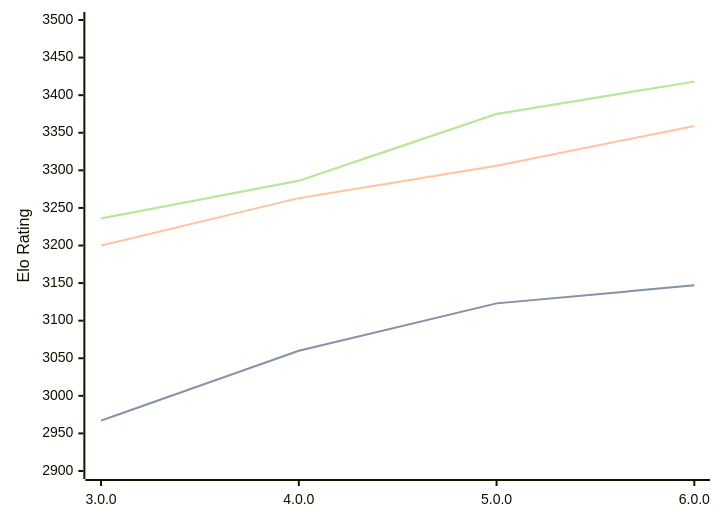
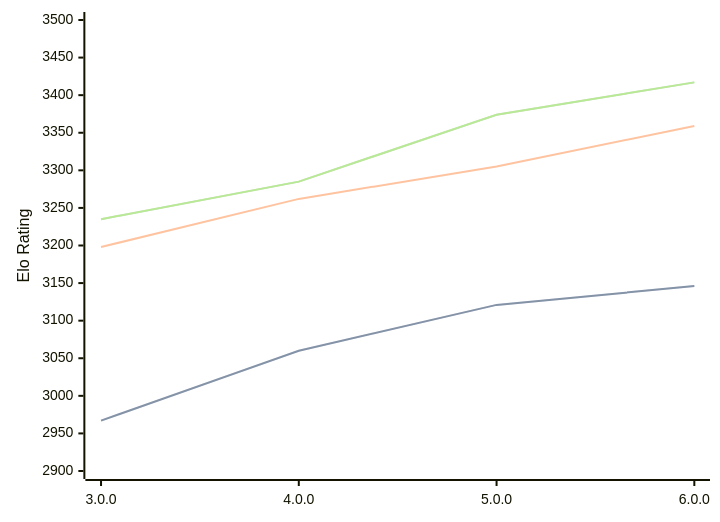
Before and after one commit to computer-chess-index/cci: the diagram in engines/Minke.md, drawn with Mermaid. The commit also changed other lines of this file, not shown here.

Commit message:
Update CCI Ratings (ELO VLTC) - 2026-08-04

````diff
--- a/engines/Minke.md
+++ b/engines/Minke.md
@@ -36,11 +36,11 @@
 ```mermaid
 %%{init: {"theme":"base","themeVariables":{"seriesColors:['#a3a3a3','#222221','#faa371']}}}%%
 xychart-beta
   x-axis ["3.0.0", "4.0.0", "5.0.0", "6.0.0"]
   y-axis "Elo Rating" 2900 --> 3500
-  line "STC (8.0+0.08s)" [2967, 3060, 3123, 3147]
-  line "STC (8.0+0.08s)" [2967, 3060, 3123, 3147]
-  line "LTC (60.0+0.60s)" [3200, 3263, 3306, 3359]
-  line "VLTC (2m24s+1.12s)" [3236, 3286, 3375, 3418]
-  line "VLTC (2m24s+1.12s)" [3236, 3286, 3375, 3418]
+  line "STC (8.0+0.08s)" [2967, 3060, 3121, 3146]
+  line "STC (8.0+0.08s)" [2967, 3060, 3121, 3146]
+  line "LTC (60.0+0.60s)" [3198, 3262, 3305, 3359]
+  line "VLTC (2m24s+1.12s)" [3235, 3285, 3374, 3417]
+  line "VLTC (2m24s+1.12s)" [3235, 3285, 3374, 3417]
 ```
````
